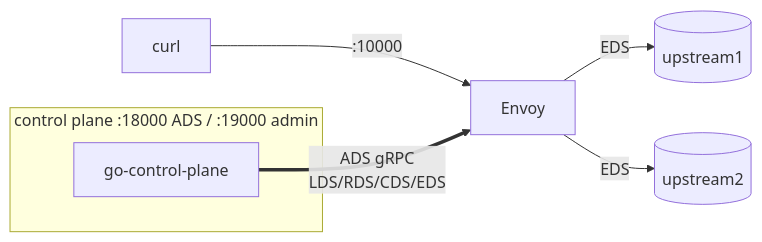
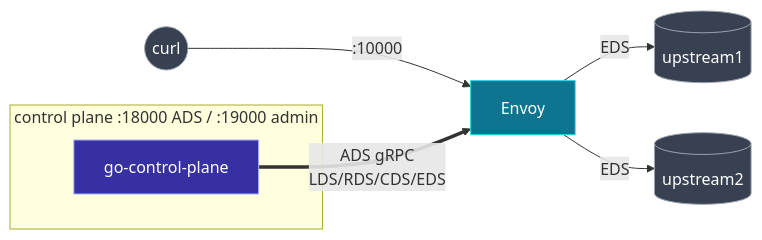
One commit to 0-draft/envoy-xds-deep-dive changed the diagram in labs/02-grpc-control-plane/README.md. Above: the diagram before and after it, drawn with Mermaid. The commit also changed 27 other files, not shown here.

First line of the commit message:
docs: semantic color, distinct shapes, and a11y metadata for all mermaid diagrams

````diff
--- a/labs/02-grpc-control-plane/README.md
+++ b/labs/02-grpc-control-plane/README.md
@@ -24,10 +24,18 @@
 ```mermaid
 flowchart LR
+    accTitle: Lab 02 topology
+    accDescr: A go-control-plane control plane serves ADS gRPC (LDS/RDS/CDS/EDS) to Envoy on port 18000 with an HTTP admin on 19000. curl reaches Envoy on 10000, which load-balances via EDS across upstream1 and upstream2.
     subgraph cp[control plane :18000 ADS / :19000 admin]
         g[go-control-plane]
     end
-    you[curl] -- ":10000" --> envoy[Envoy]
+    you((curl)) -- ":10000" --> envoy[Envoy]
     g == "ADS gRPC<br/>LDS/RDS/CDS/EDS" ==> envoy
     envoy -- EDS --> u1[(upstream1)]
     envoy -- EDS --> u2[(upstream2)]
+    class g cp
+    class envoy envoy
+    class you,u1,u2 ext
+    classDef cp fill:#3730a3,stroke:#a5b4fc,color:#fff
+    classDef envoy fill:#0e7490,stroke:#22d3ee,color:#fff
+    classDef ext fill:#374151,stroke:#9ca3af,color:#fff
 ```
````
